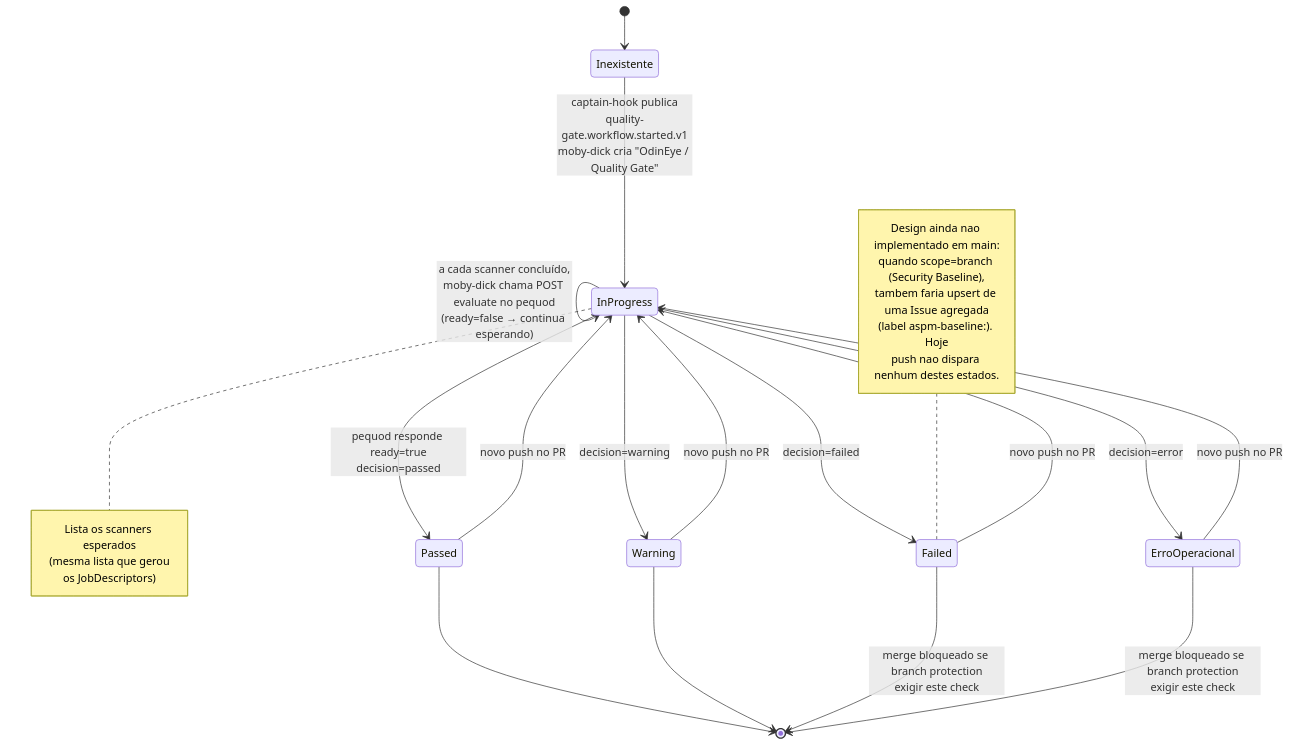
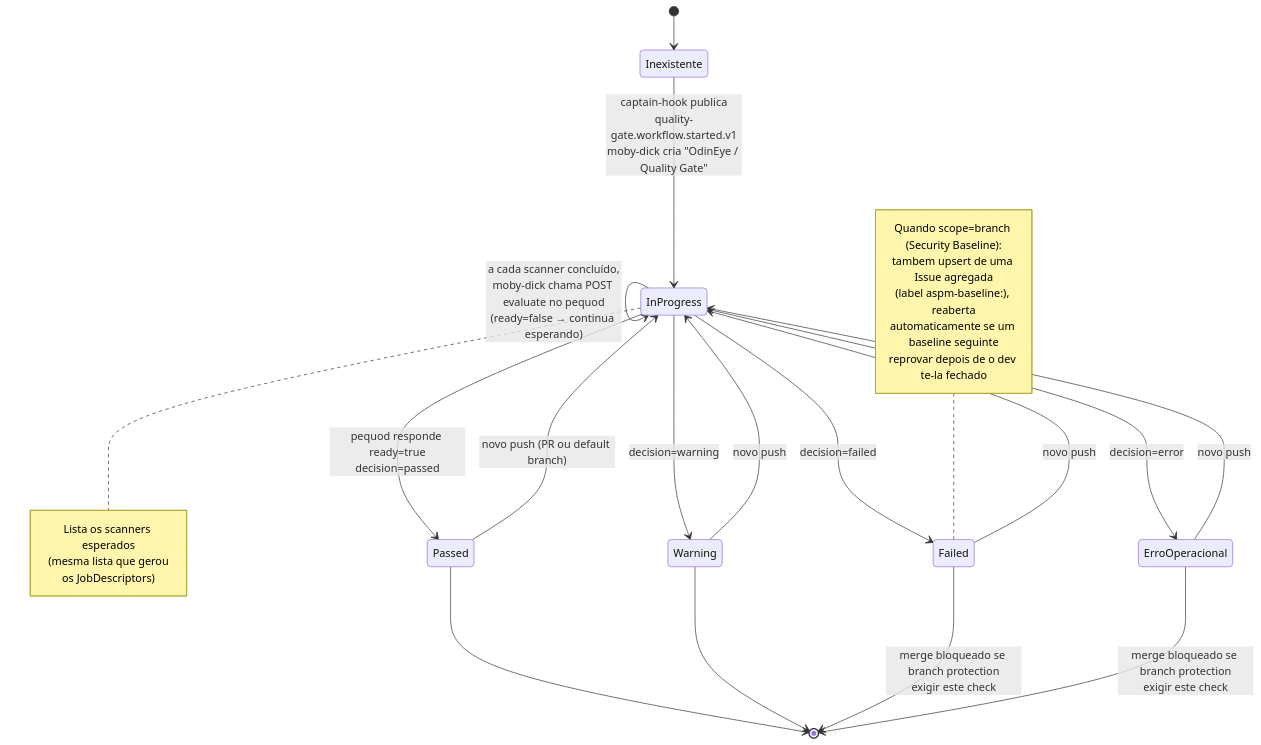
Before and after one commit to OdinEye-FIAP/aspm-docs: the fourth of 5 diagrams in docs/integration/check-run.md, drawn with Mermaid. The commit also changed other lines of this file and 1 other file, not shown here.

Commit message:
docs: corrigir check-run.md e onboarding-repo.md - Security Baseline confirmado em main

````diff
--- a/docs/integration/check-run.md
+++ b/docs/integration/check-run.md
@@ -226,36 +222,36 @@
 ```mermaid
 stateDiagram-v2
     [*] --> Inexistente
 
     Inexistente --> InProgress: captain-hook publica<br/>quality-gate.workflow.started.v1<br/>moby-dick cria "OdinEye / Quality Gate"
     note right of InProgress
         Lista os scanners esperados
         (mesma lista que gerou
         os JobDescriptors)
     end note
 
     InProgress --> InProgress: a cada scanner concluído,<br/>moby-dick chama POST evaluate no pequod<br/>(ready=false → continua esperando)
 
     InProgress --> Passed: pequod responde ready=true<br/>decision=passed
     InProgress --> Warning: decision=warning
     InProgress --> Failed: decision=failed
     InProgress --> ErroOperacional: decision=error
 
-    Passed --> InProgress: novo push no PR
-    Warning --> InProgress: novo push no PR
-    Failed --> InProgress: novo push no PR
-    ErroOperacional --> InProgress: novo push no PR
+    Passed --> InProgress: novo push (PR ou default branch)
+    Warning --> InProgress: novo push
+    Failed --> InProgress: novo push
+    ErroOperacional --> InProgress: novo push
 
     Passed --> [*]
     Warning --> [*]
     Failed --> [*]: merge bloqueado se branch protection<br/>exigir este check
     ErroOperacional --> [*]: merge bloqueado se branch protection<br/>exigir este check
 
     note left of Failed
-        Design ainda nao implementado em main:
-        quando scope=branch (Security Baseline),
-        tambem faria upsert de uma Issue agregada
-        (label aspm-baseline:<branch>). Hoje
-        push nao dispara nenhum destes estados.
+        Quando scope=branch (Security Baseline):
+        tambem upsert de uma Issue agregada
+        (label aspm-baseline:<branch>), reaberta
+        automaticamente se um baseline seguinte
+        reprovar depois de o dev te-la fechado
     end note
 ```
````
